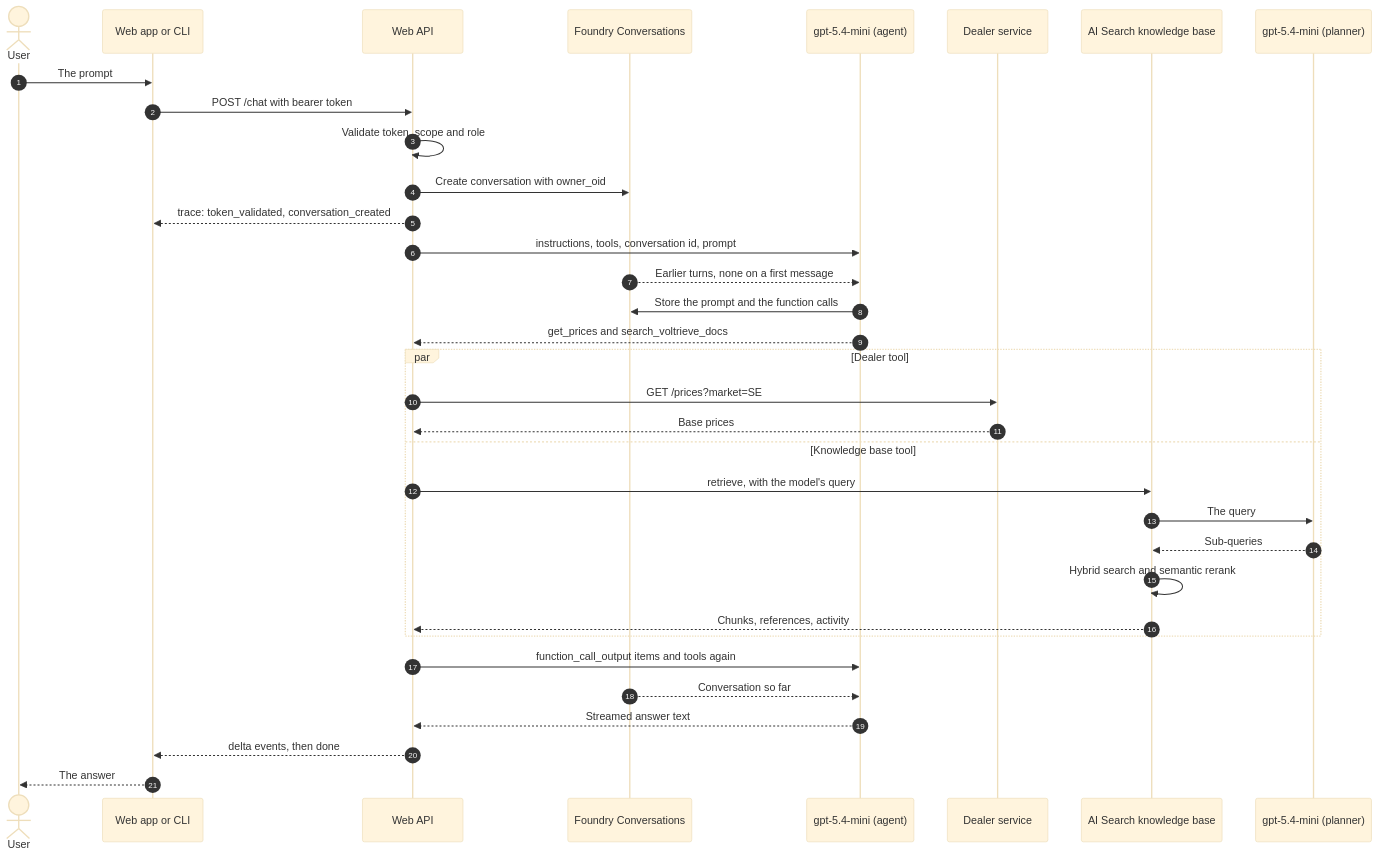
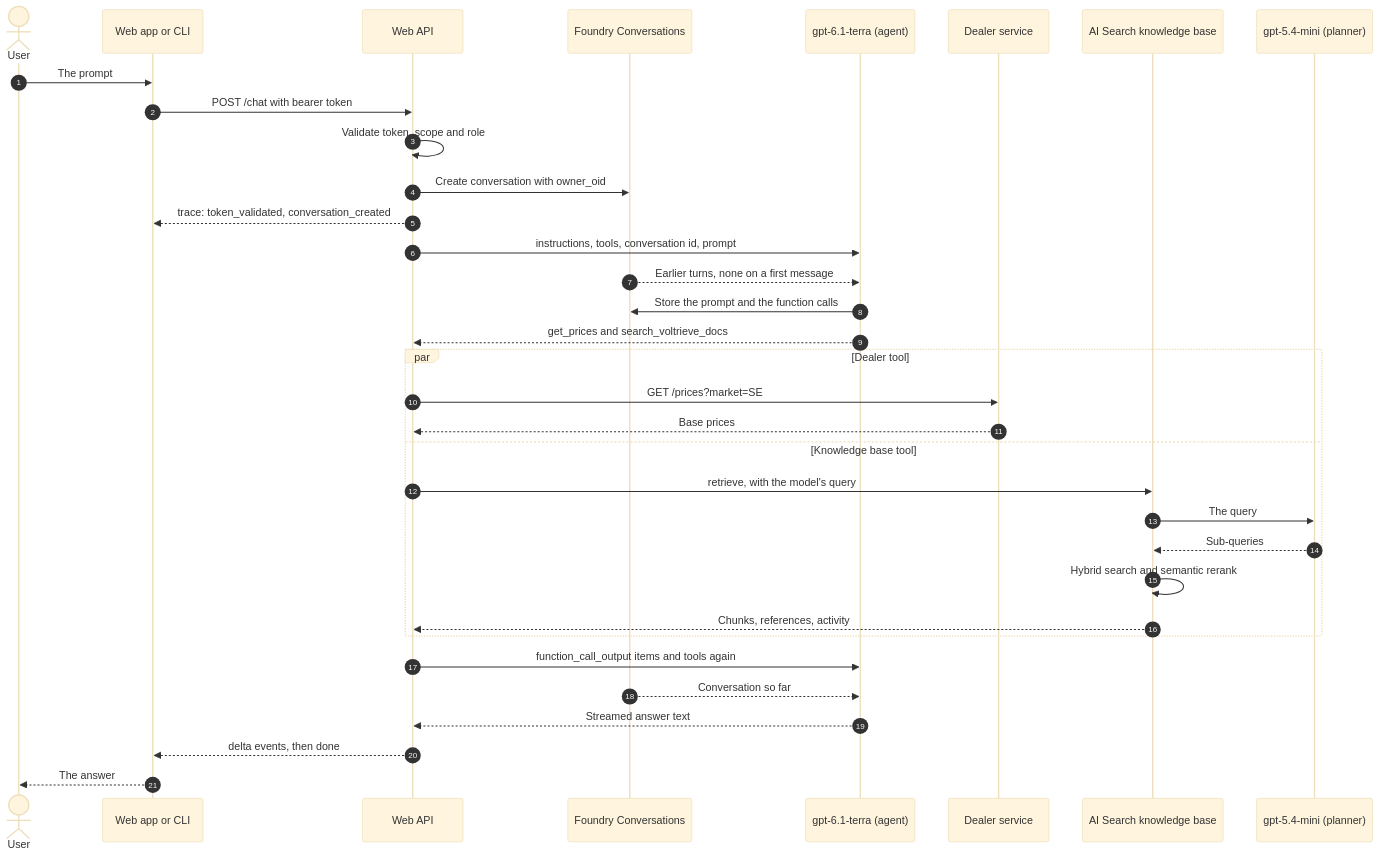
One commit to mklab-se/agentic-rag changed the fifth of 5 diagrams in docs/prompt-journey.md. Above: the diagram before and after it, drawn with Mermaid (base theme). The commit also changed other lines of this file and 3 other files, not shown here.

````diff
--- a/docs/prompt-journey.md
+++ b/docs/prompt-journey.md
@@ -249,37 +250,37 @@
 ```mermaid
 sequenceDiagram
     autonumber
     actor User
     participant Client as Web app or CLI
     participant API as Web API
     participant Conv as Foundry Conversations
-    participant LLM as gpt-5.4-mini (agent)
+    participant LLM as gpt-6.1-terra (agent)
     participant Dealer as Dealer service
     participant KB as AI Search knowledge base
     participant Plan as gpt-5.4-mini (planner)
 
     User->>Client: The prompt
     Client->>API: POST /chat with bearer token
     API->>API: Validate token, scope and role
     API->>Conv: Create conversation with owner_oid
     API-->>Client: trace: token_validated, conversation_created
     API->>LLM: instructions, tools, conversation id, prompt
     Conv-->>LLM: Earlier turns, none on a first message
     LLM->>Conv: Store the prompt and the function calls
     LLM-->>API: get_prices and search_voltrieve_docs
     par Dealer tool
         API->>Dealer: GET /prices?market=SE
         Dealer-->>API: Base prices
     and Knowledge base tool
         API->>KB: retrieve, with the model's query
         KB->>Plan: The query
         Plan-->>KB: Sub-queries
         KB->>KB: Hybrid search and semantic rerank
         KB-->>API: Chunks, references, activity
     end
     API->>LLM: function_call_output items and tools again
     Conv-->>LLM: Conversation so far
     LLM-->>API: Streamed answer text
     API-->>Client: delta events, then done
     Client-->>User: The answer
 ```
````
